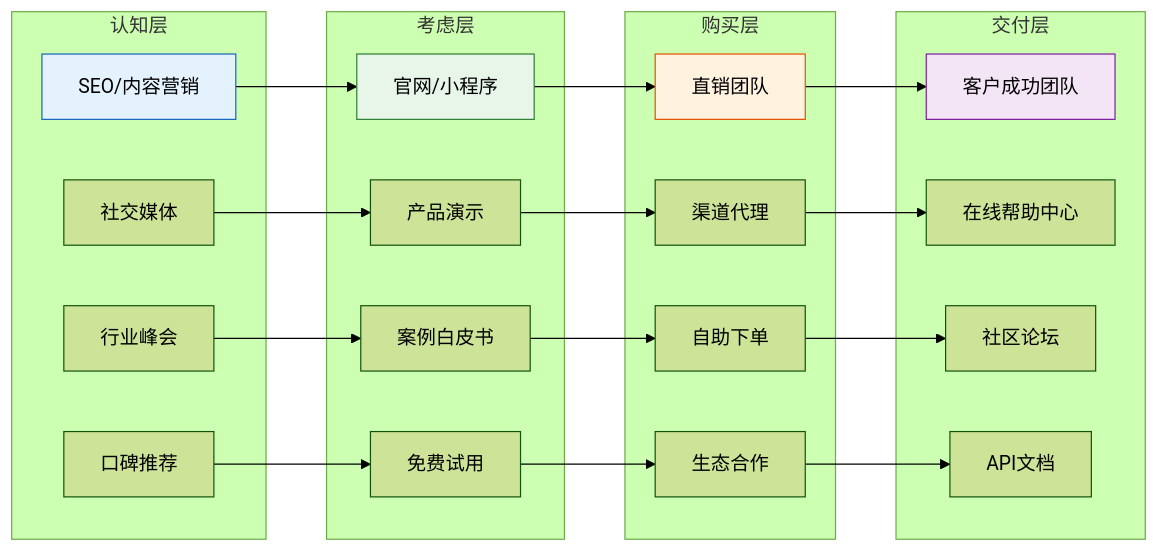
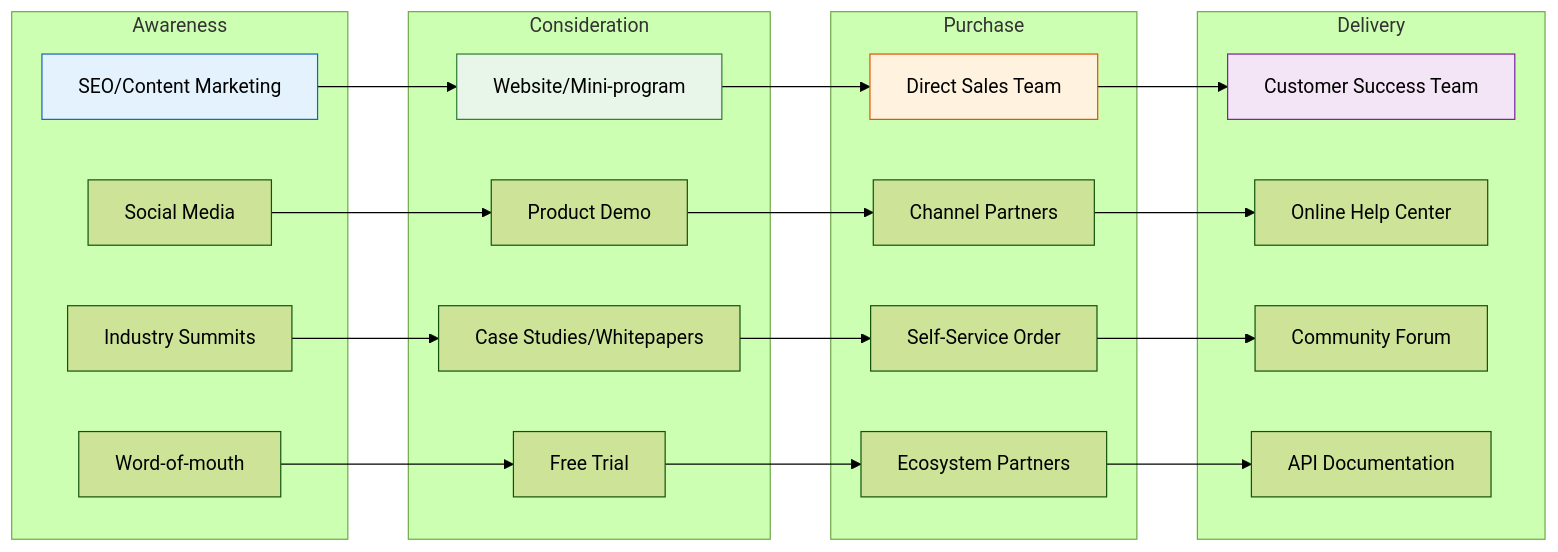
One commit to Kirky-X/cangjie changed the sixth of 15 diagrams in templates/【模板】商业模式文档.md. Above: the diagram before and after it, drawn with Mermaid (forest theme). The commit also changed other lines of this file and 60 other files, not shown here.

````diff
--- a/templates/【模板】商业模式文档.md
+++ b/templates/【模板】商业模式文档.md
@@ -213,48 +213,48 @@
 ```mermaid
 graph LR
-    subgraph 认知层
-        A1[SEO/内容营销]
-        A2[社交媒体]
-        A3[行业峰会]
-        A4[口碑推荐]
+    subgraph Awareness
+        A1[SEO/Content Marketing]
+        A2[Social Media]
+        A3[Industry Summits]
+        A4[Word-of-mouth]
     end
 
-    subgraph 考虑层
-        B1[官网/小程序]
-        B2[产品演示]
-        B3[案例白皮书]
-        B4[免费试用]
+    subgraph Consideration
+        B1[Website/Mini-program]
+        B2[Product Demo]
+        B3[Case Studies/Whitepapers]
+        B4[Free Trial]
     end
 
-    subgraph 购买层
-        C1[直销团队]
-        C2[渠道代理]
-        C3[自助下单]
-        C4[生态合作]
+    subgraph Purchase
+        C1[Direct Sales Team]
+        C2[Channel Partners]
+        C3[Self-Service Order]
+        C4[Ecosystem Partners]
     end
 
-    subgraph 交付层
-        D1[客户成功团队]
-        D2[在线帮助中心]
-        D3[社区论坛]
-        D4[API文档]
+    subgraph Delivery
+        D1[Customer Success Team]
+        D2[Online Help Center]
+        D3[Community Forum]
+        D4[API Documentation]
     end
 
     A1 --> B1
     A2 --> B2
     A3 --> B3
     A4 --> B4
     B1 --> C1
     B2 --> C2
     B3 --> C3
     B4 --> C4
     C1 --> D1
     C2 --> D2
     C3 --> D3
     C4 --> D4
 
     style A1 fill:#e3f2fd,stroke:#1565c0
     style B1 fill:#e8f5e9,stroke:#2e7d32
     style C1 fill:#fff3e0,stroke:#e65100
     style D1 fill:#f3e5f5,stroke:#7b1fa2
 ```
````
